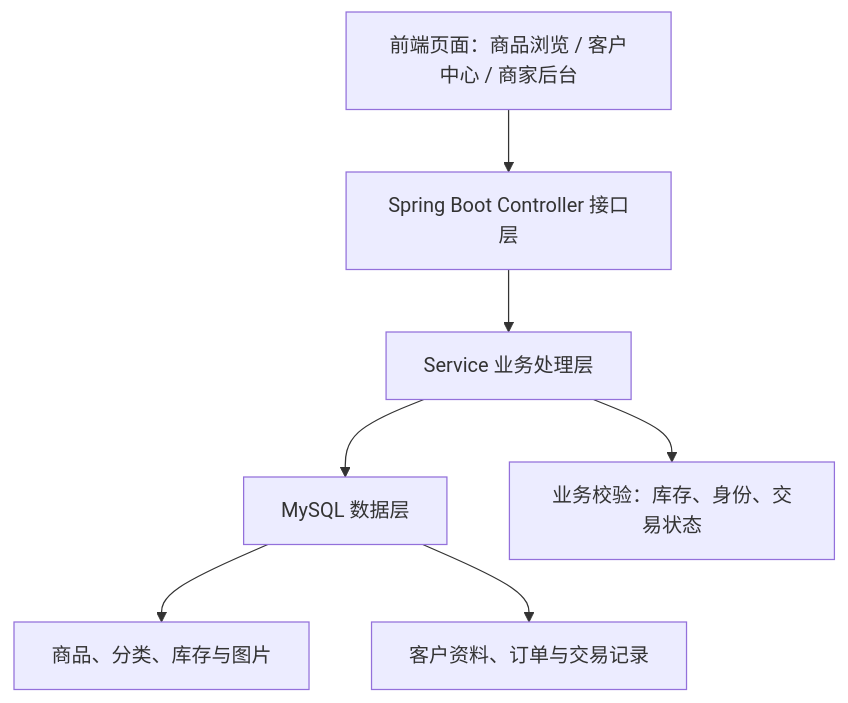
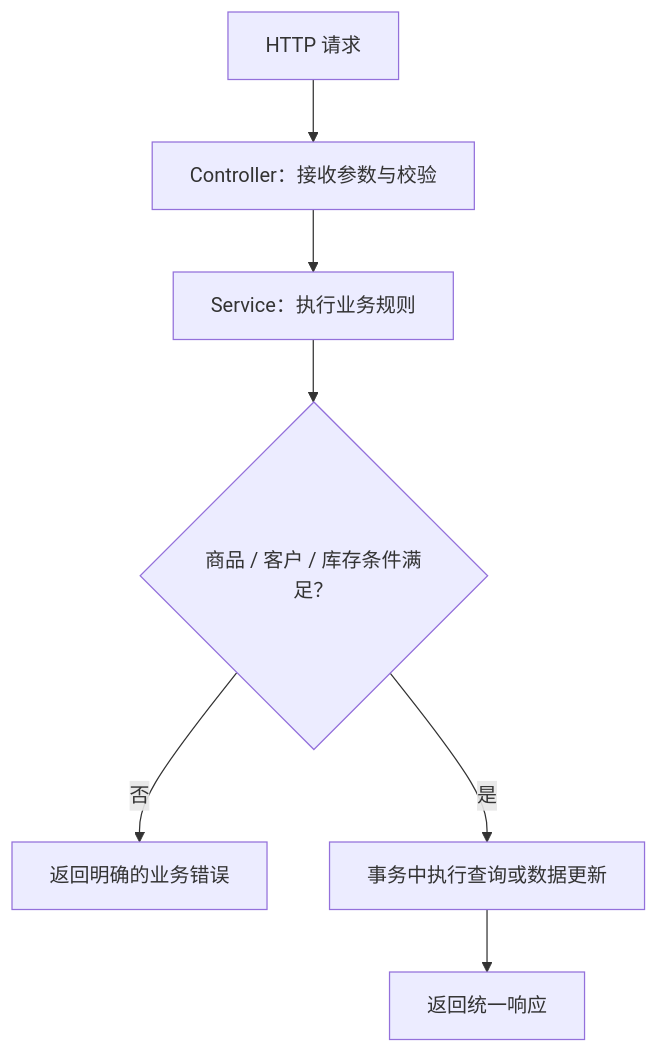
Before and after one commit to sjj124390/-: the diagram in docs/iteration-2/06-需求升级A-后端接口设计与测试汇报.md, drawn with Mermaid. The commit also changed other lines of this file, not shown here.

````diff
--- a/docs/iteration-2/06-需求升级A-后端接口设计与测试汇报.md
+++ b/docs/iteration-2/06-需求升级A-后端接口设计与测试汇报.md
@@ -49,9 +59,9 @@
 ```mermaid
 flowchart TD
-    A["前端页面：商品浏览 / 客户中心 / 商家后台"] --> B["Spring Boot Controller 接口层"]
-    B --> C["Service 业务处理层"]
-    C --> D["MySQL 数据层"]
-    D --> E["商品、分类、库存与图片"]
-    D --> F["客户资料、订单与交易记录"]
-    C --> G["业务校验：库存、身份、交易状态"]
+    A["HTTP 请求"] --> B["Controller：接收参数与校验"]
+    B --> C["Service：执行业务规则"]
+    C --> D{"商品 / 客户 / 库存条件满足？"}
+    D -- "否" --> E["返回明确的业务错误"]
+    D -- "是" --> F["事务中执行查询或数据更新"]
+    F --> G["返回统一响应"]
 ```
````
